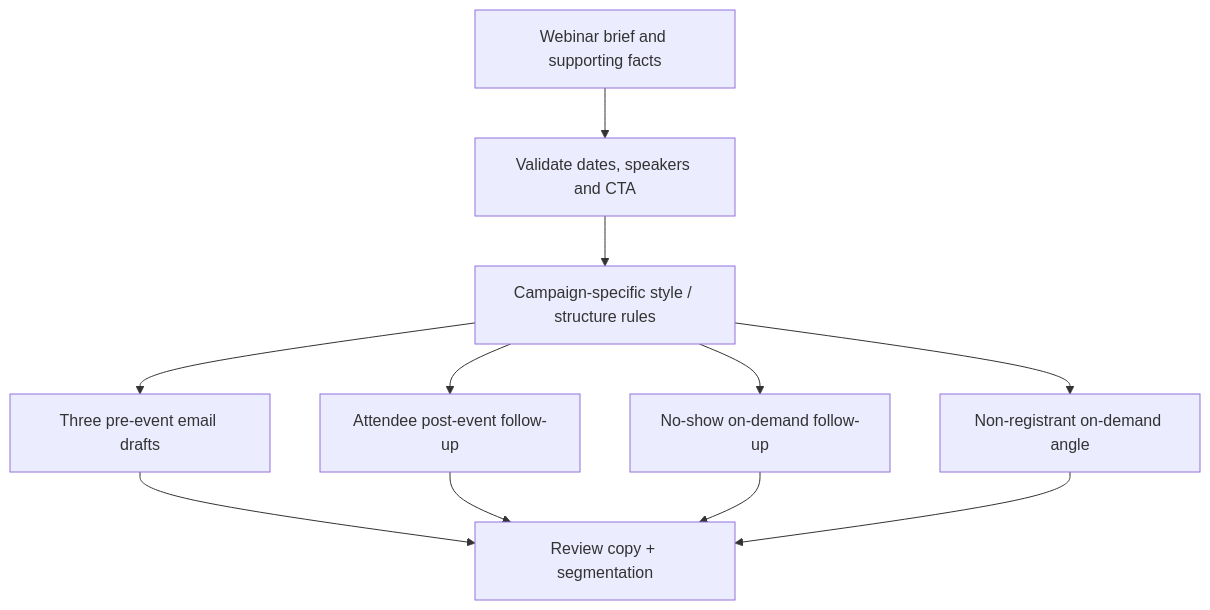
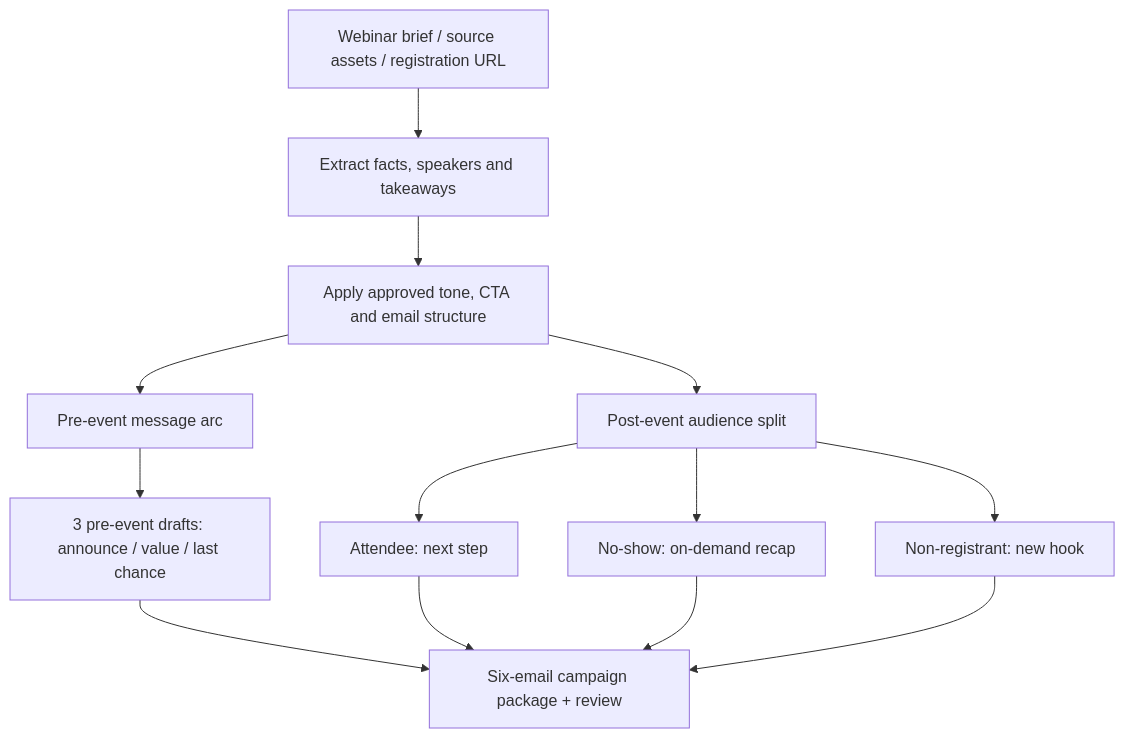
Before and after one commit to jtwood7/ai-growth-automation-portfolio: the diagram in enablement/webinar-lifecycle-campaigns.md, drawn with Mermaid. The commit also changed other lines of this file, not shown here.

````diff
--- a/enablement/webinar-lifecycle-campaigns.md
+++ b/enablement/webinar-lifecycle-campaigns.md
@@ -11,13 +13,15 @@
 ```mermaid
 flowchart TD
- A[Webinar brief and supporting facts] --> B[Validate dates, speakers and CTA]
- B --> C[Campaign-specific style / structure rules]
- C --> D[Three pre-event email drafts]
- C --> E[Attendee post-event follow-up]
- C --> F[No-show on-demand follow-up]
- C --> G[Non-registrant on-demand angle]
- D --> H[Review copy + segmentation]
- E --> H
- F --> H
- G --> H
+ A["Webinar brief / source assets / registration URL"] --> B["Extract facts, speakers and takeaways"]
+ B --> C["Apply approved tone, CTA and email structure"]
+ C --> D["Pre-event message arc"]
+ D --> E["3 pre-event drafts: announce / value / last chance"]
+ C --> F["Post-event audience split"]
+ F --> G["Attendee: next step"]
+ F --> H["No-show: on-demand recap"]
+ F --> I["Non-registrant: new hook"]
+ E --> J["Six-email campaign package + review"]
+ G --> J
+ H --> J
+ I --> J
 ```
````
